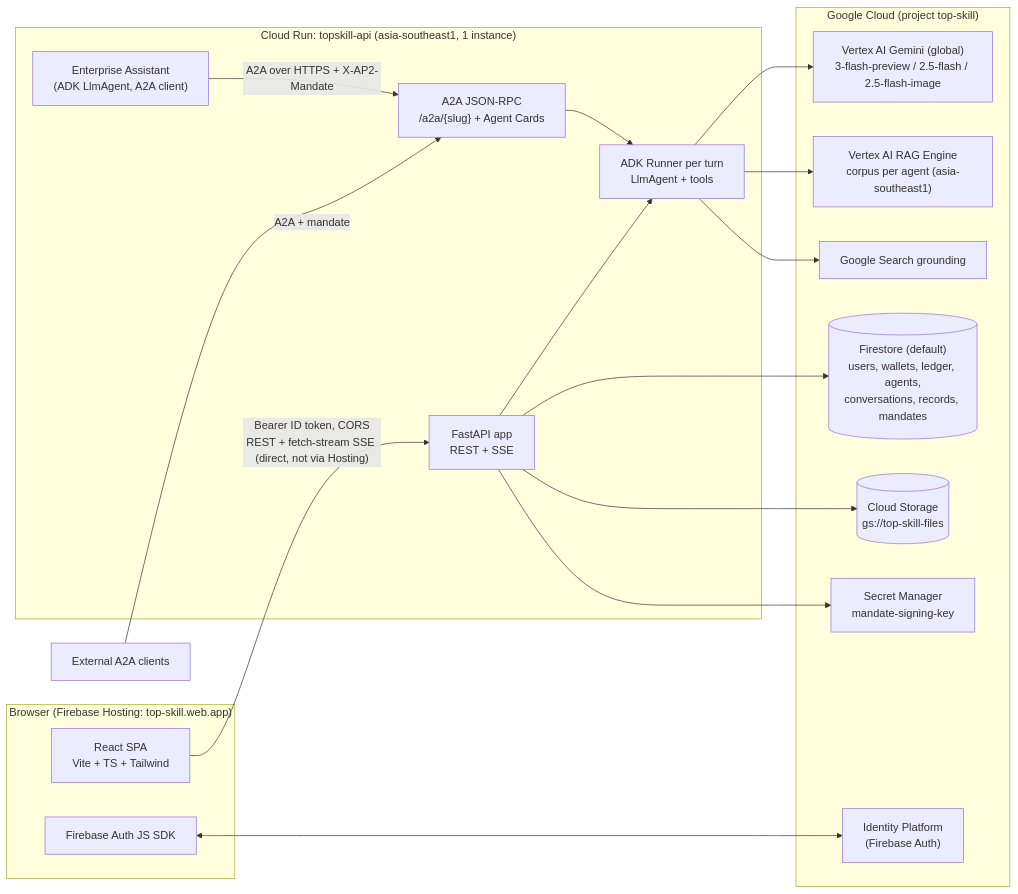
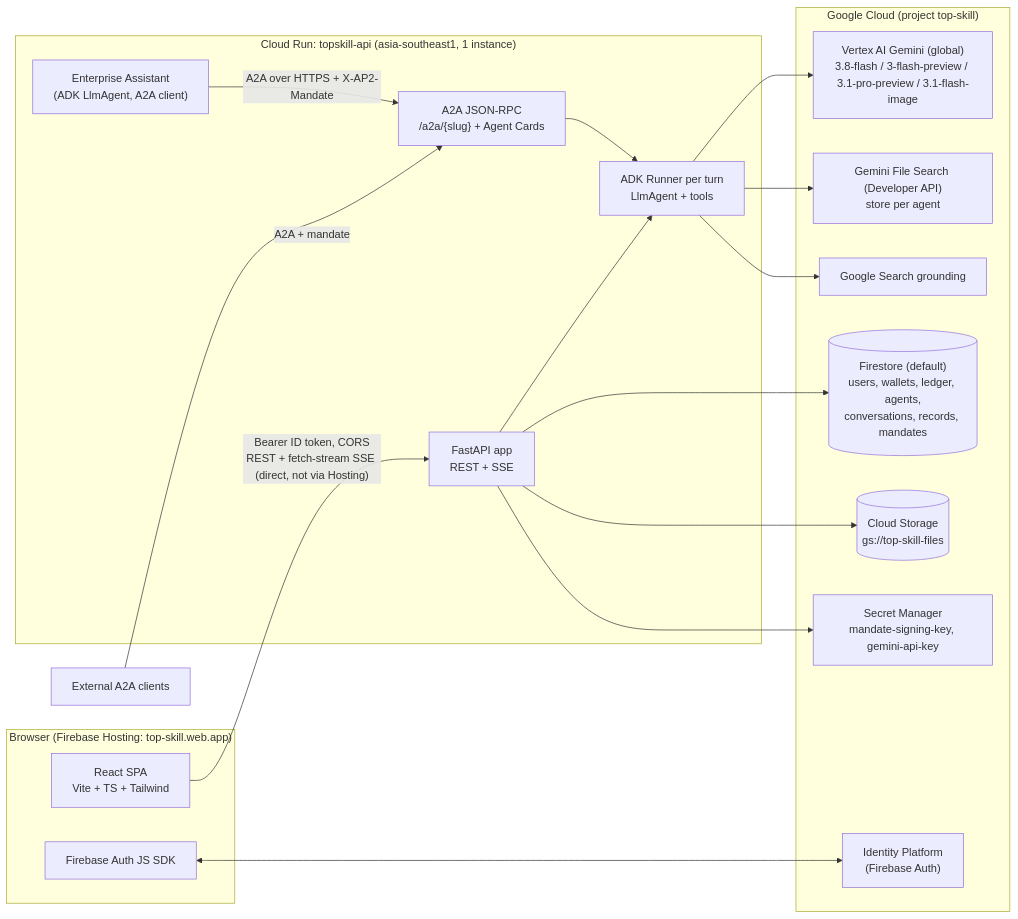
Before and after one commit to topskill-ai/topskill-aibuildercup: the diagram in docs/SPEC.md, drawn with Mermaid. The commit also changed other lines of this file, not shown here.

First line of the commit message:
docs(spec): architecture diagram and Google services table match D1/D3/D6 (F6)

````diff
--- a/docs/SPEC.md
+++ b/docs/SPEC.md
@@ -67,35 +67,35 @@
 ```mermaid
 flowchart LR
   subgraph Browser["Browser (Firebase Hosting: top-skill.web.app)"]
     WEB["React SPA<br/>Vite + TS + Tailwind"]
     FBAUTH["Firebase Auth JS SDK"]
   end
   subgraph CR["Cloud Run: topskill-api (asia-southeast1, 1 instance)"]
     API["FastAPI app<br/>REST + SSE"]
     CHAT["ADK Runner per turn<br/>LlmAgent + tools"]
     A2A["A2A JSON-RPC<br/>/a2a/{slug} + Agent Cards"]
     ASSIST["Enterprise Assistant<br/>(ADK LlmAgent, A2A client)"]
   end
   subgraph GCP["Google Cloud (project top-skill)"]
-    GEM["Vertex AI Gemini (global)<br/>3-flash-preview / 2.5-flash / 2.5-flash-image"]
-    RAG["Vertex AI RAG Engine<br/>corpus per agent (asia-southeast1)"]
+    GEM["Vertex AI Gemini (global)<br/>3.8-flash / 3-flash-preview / 3.1-pro-preview / 3.1-flash-image"]
+    RAG["Gemini File Search (Developer API)<br/>store per agent"]
     GS["Google Search grounding"]
     FS[("Firestore (default)<br/>users, wallets, ledger, agents,<br/>conversations, records, mandates")]
     GCS[("Cloud Storage<br/>gs://top-skill-files")]
-    SM["Secret Manager<br/>mandate-signing-key"]
+    SM["Secret Manager<br/>mandate-signing-key, gemini-api-key"]
     IDP["Identity Platform<br/>(Firebase Auth)"]
   end
   EXT["External A2A clients"]
 
   WEB -- "Bearer ID token, CORS<br/>REST + fetch-stream SSE (direct, not via Hosting)" --> API
   FBAUTH <--> IDP
   API --> CHAT --> GEM
   CHAT --> RAG
   CHAT --> GS
   API --> FS
   API --> GCS
   API --> SM
   ASSIST -- "A2A over HTTPS + X-AP2-Mandate" --> A2A
   EXT -- "A2A + mandate" --> A2A
   A2A --> CHAT
 ```
````
